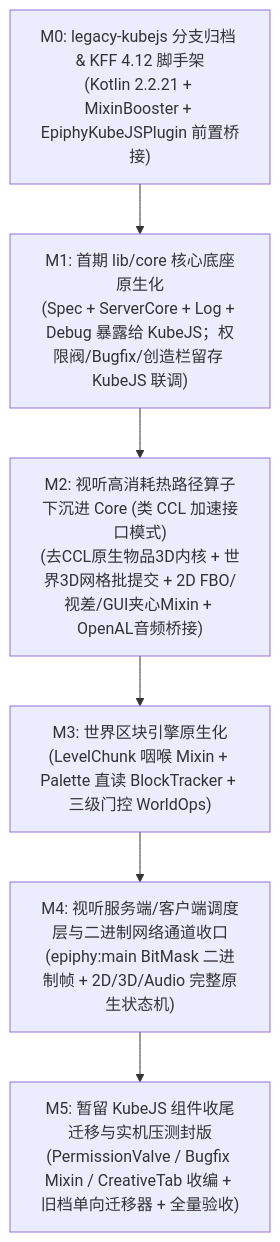
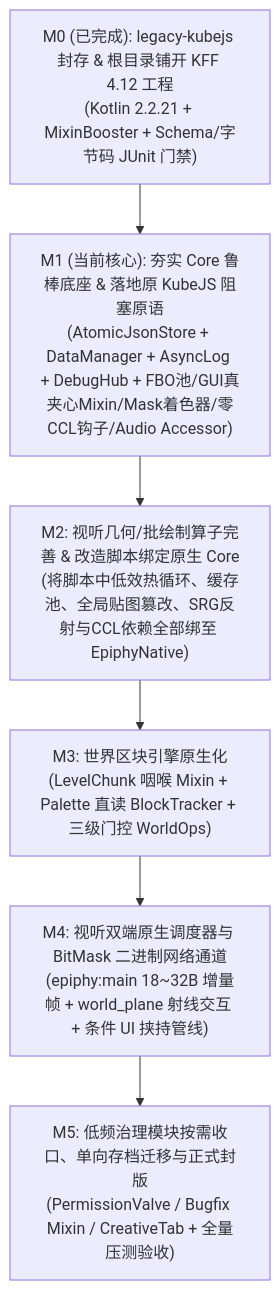
The diagram in docs/native-mod-migration-plan.md (TIR-System/Epiphy-Components), drawn with Mermaid before and after one commit. The commit also changed other lines of this file and 146 other files, not shown here.

Commit message:
feat (core) 铺开原生Mod根仓库并完成Core鲁棒底座与KubeJS阻塞原语 | Unpack mod at repo root and implement hardened Core storage/log/debug plus native FBO/Mixin/Shader/Audio primitives

````diff
--- a/docs/native-mod-migration-plan.md
+++ b/docs/native-mod-migration-plan.md
@@ -372,9 +363,9 @@
 ```mermaid
 flowchart TD
-    M0["M0: legacy-kubejs 分支归档 & KFF 4.12 脚手架<br/>(Kotlin 2.2.21 + MixinBooster + EpiphyKubeJSPlugin 前置桥接)"] --> M1
-    M1["M1: 首期 lib/core 核心底座原生化<br/>(Spec + ServerCore + Log + Debug 暴露给 KubeJS；权限阀/Bugfix/创造栏留存 KubeJS 联调)"] --> M2
-    M2["M2: 视听高消耗热路径算子下沉进 Core (类 CCL 加速接口模式)<br/>(去CCL原生物品3D内核 + 世界3D网格批提交 + 2D FBO/视差/GUI夹心Mixin + OpenAL音频桥接)"] --> M3
+    M0["M0 (已完成): legacy-kubejs 封存 & 根目录铺开 KFF 4.12 工程<br/>(Kotlin 2.2.21 + MixinBooster + Schema/字节码 JUnit 门禁)"] --> M1
+    M1["M1 (当前核心): 夯实 Core 鲁棒底座 & 落地原 KubeJS 阻塞原语<br/>(AtomicJsonStore + DataManager + AsyncLog + DebugHub + FBO池/GUI真夹心Mixin/Mask着色器/零CCL钩子/Audio Accessor)"] --> M2
+    M2["M2: 视听几何/批绘制算子完善 & 改造脚本绑定原生 Core<br/>(将脚本中低效热循环、缓存池、全局贴图篡改、SRG反射与CCL依赖全部绑至 EpiphyNative)"] --> M3
     M3["M3: 世界区块引擎原生化<br/>(LevelChunk 咽喉 Mixin + Palette 直读 BlockTracker + 三级门控 WorldOps)"] --> M4
-    M4["M4: 视听服务端/客户端调度层与二进制网络通道收口<br/>(epiphy:main BitMask 二进制帧 + 2D/3D/Audio 完整原生状态机)"] --> M5
-    M5["M5: 暂留 KubeJS 组件收尾迁移与实机压测封版<br/>(PermissionValve / Bugfix Mixin / CreativeTab 收编 + 旧档单向迁移器 + 全量验收)"]
+    M4["M4: 视听双端原生调度器与 BitMask 二进制网络通道<br/>(epiphy:main 18~32B 增量帧 + world_plane 射线交互 + 条件 UI 挟持管线)"] --> M5
+    M5["M5: 低频治理模块按需收口、单向存档迁移与正式封版<br/>(PermissionValve / Bugfix Mixin / CreativeTab + 全量压测验收)"]
 ```
````
